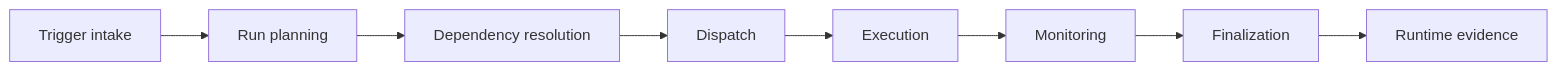
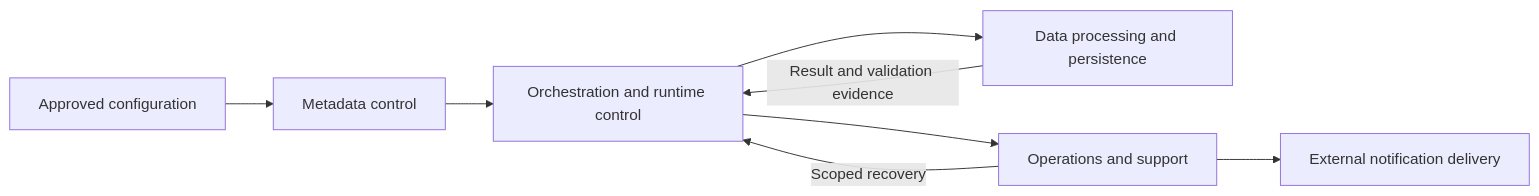
Before and after one commit to dchannon/Culina-Academy: the first of 2 diagrams in docs/architecture/framework-architecture.md, drawn with Mermaid. The commit also changed other lines of this file and 74 other files, not shown here.

````diff
--- a/docs/architecture/framework-architecture.md
+++ b/docs/architecture/framework-architecture.md
@@ -23,10 +16,10 @@
 ```mermaid
 flowchart LR
-  Trigger["Trigger intake"] --> Plan["Run planning"]
-  Plan --> Dependencies["Dependency resolution"]
-  Dependencies --> Dispatch["Dispatch"]
-  Dispatch --> Execute["Execution"]
-  Execute --> Monitor["Monitoring"]
-  Monitor --> Finalize["Finalization"]
-  Finalize --> Evidence["Runtime evidence"]
+  Author["Approved configuration"] --> Control["Metadata control"]
+  Control --> Orchestrate["Orchestration and runtime control"]
+  Orchestrate --> Execute["Data processing and persistence"]
+  Execute -->|"Result and validation evidence"| Orchestrate
+  Orchestrate --> Operations["Operations and support"]
+  Operations --> Notify["External notification delivery"]
+  Operations -->|"Scoped recovery"| Orchestrate
 ```
````
